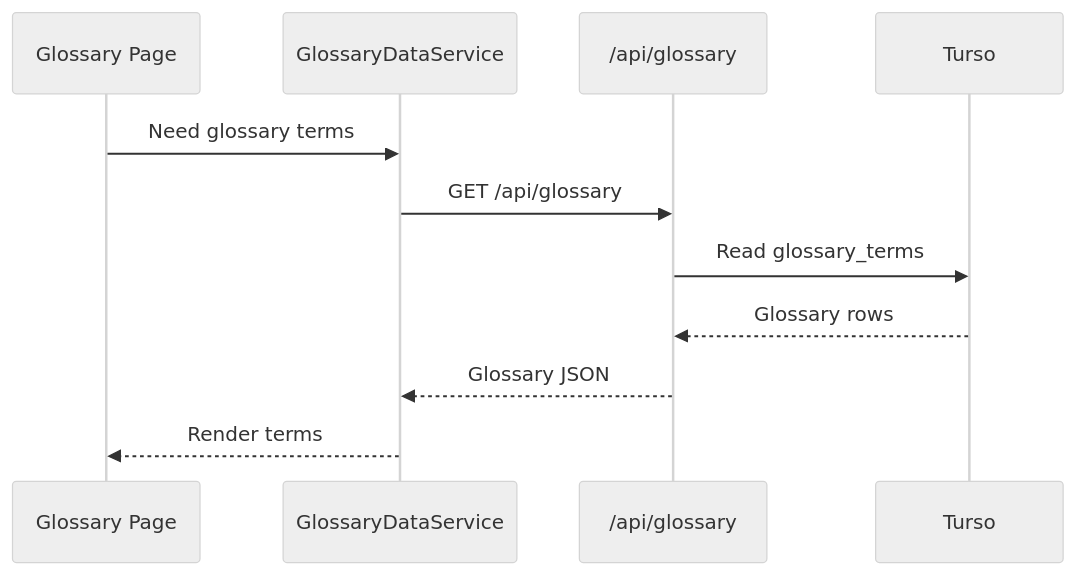
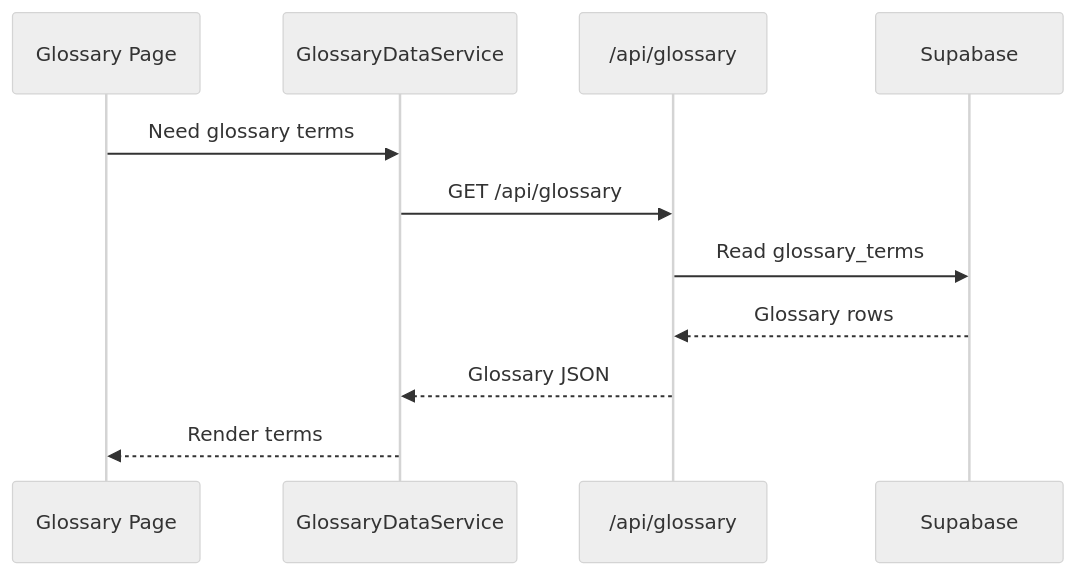
Before and after one commit to anthonyturner/rivals-pulse-web: the sixth of 8 diagrams in docs/content-data-flow.md, drawn with Mermaid (neutral theme). The commit also changed other lines of this file and 36 other files, not shown here.

````diff
--- a/docs/content-data-flow.md
+++ b/docs/content-data-flow.md
@@ -125,14 +125,14 @@
 ```mermaid
 sequenceDiagram
   participant Page as Glossary Page
   participant Service as GlossaryDataService
   participant Api as /api/glossary
-  participant DB as Turso
+  participant DB as Supabase
 
   Page->>Service: Need glossary terms
   Service->>Api: GET /api/glossary
   Api->>DB: Read glossary_terms
   DB-->>Api: Glossary rows
   Api-->>Service: Glossary JSON
   Service-->>Page: Render terms
 ```
````
